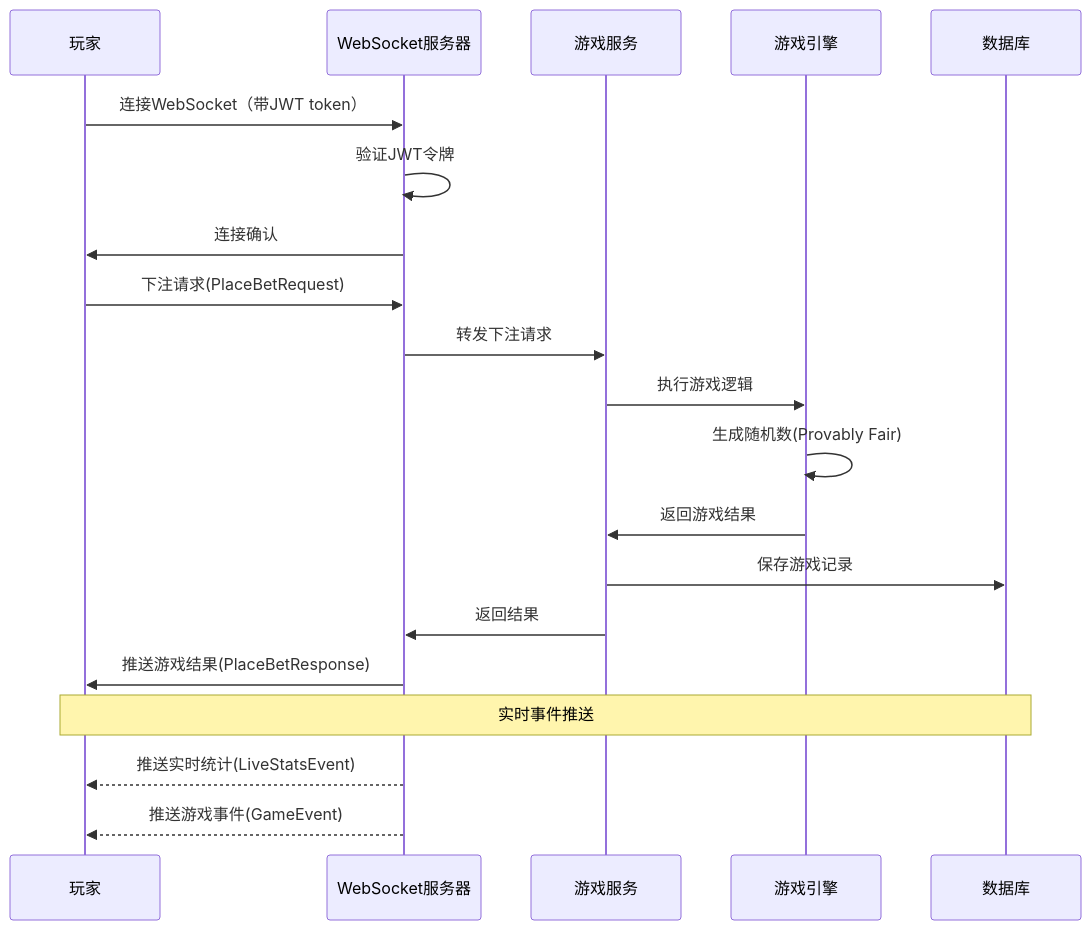
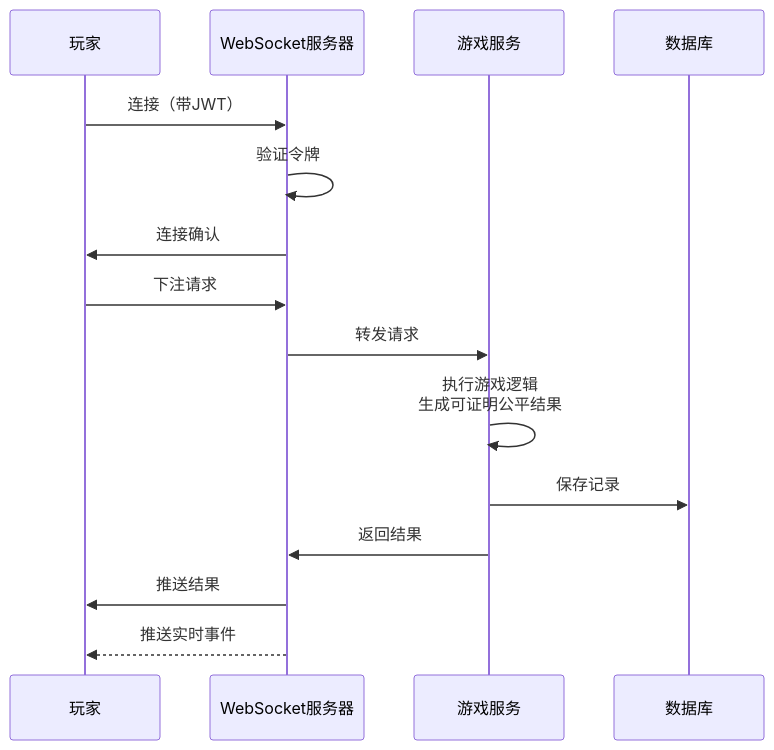
Before and after one commit to infigaming-com/invoker-gh-pages: the second of 2 diagrams in architecture-zh.md, drawn with Mermaid. The commit also changed other lines of this file and 6 other files, not shown here.

````diff
--- a/architecture-zh.md
+++ b/architecture-zh.md
@@ -122,25 +116,19 @@
 ```mermaid
 sequenceDiagram
     participant Player as 玩家
     participant WS as WebSocket服务器
     participant GameSvc as 游戏服务
-    participant Engine as 游戏引擎
     participant DB as 数据库
 
-    Player->>WS: 连接WebSocket（带JWT token）
-    WS->>WS: 验证JWT令牌
+    Player->>WS: 连接（带JWT）
+    WS->>WS: 验证令牌
     WS->>Player: 连接确认
-    
-    Player->>WS: 下注请求(PlaceBetRequest)
-    WS->>GameSvc: 转发下注请求
-    GameSvc->>Engine: 执行游戏逻辑
-    Engine->>Engine: 生成随机数(Provably Fair)
-    Engine->>GameSvc: 返回游戏结果
-    GameSvc->>DB: 保存游戏记录
+
+    Player->>WS: 下注请求
+    WS->>GameSvc: 转发请求
+    GameSvc->>GameSvc: 执行游戏逻辑<br/>生成可证明公平结果
+    GameSvc->>DB: 保存记录
     GameSvc->>WS: 返回结果
-    WS->>Player: 推送游戏结果(PlaceBetResponse)
-    
-    Note over Player,DB: 实时事件推送
-    WS-->>Player: 推送实时统计(LiveStatsEvent)
-    WS-->>Player: 推送游戏事件(GameEvent)
+    WS->>Player: 推送结果
+    WS-->>Player: 推送实时事件
 ```
````
